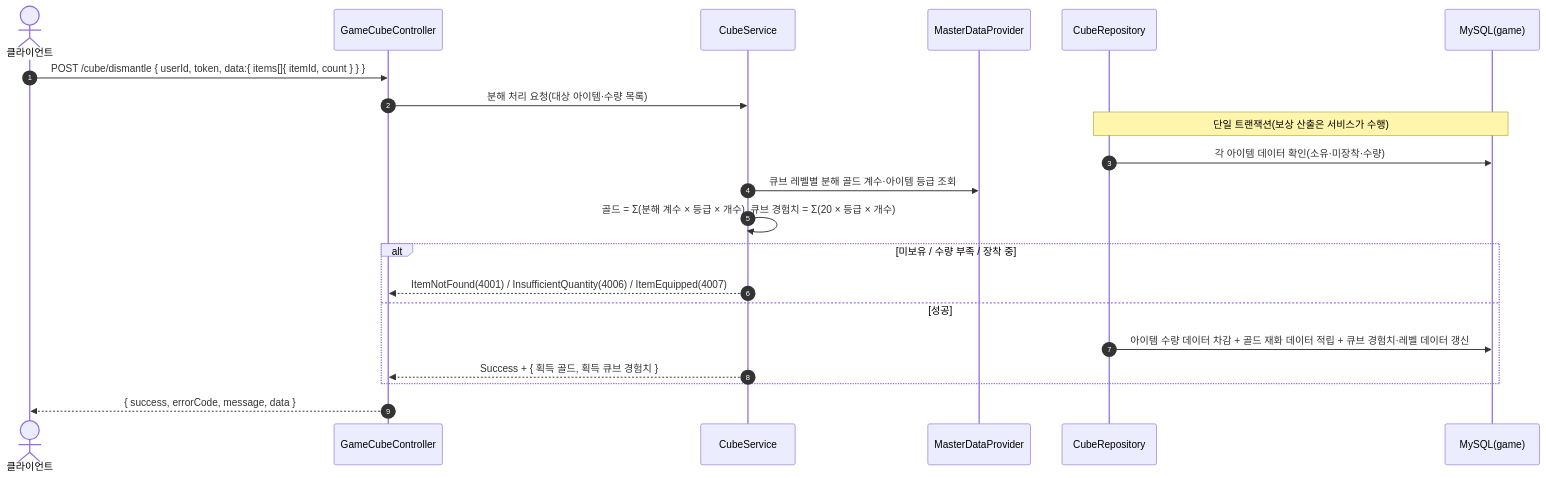
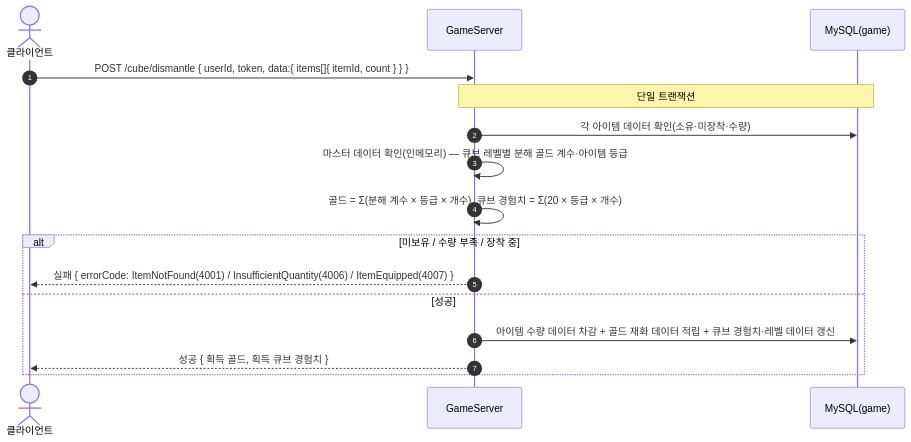
One commit to ks-wook/com2us-taskbar-hero changed the second of 3 diagrams in SequenceDiagram/GameCubeController.md. Above: the diagram before and after it, drawn with Mermaid. The commit also changed other lines of this file and 8 other files, not shown here.

Commit message:
시퀀스 다이어그램 수정

````diff
--- a/SequenceDiagram/GameCubeController.md
+++ b/SequenceDiagram/GameCubeController.md
@@ -37,24 +32,19 @@
 ```mermaid
 sequenceDiagram
     autonumber
     actor C as 클라이언트
-    participant Ctrl as GameCubeController
-    participant Svc as CubeService
-    participant MD as MasterDataProvider
-    participant Repo as CubeRepository
+    participant S as GameServer
     participant DB as MySQL(game)
 
-    C->>Ctrl: POST /cube/dismantle { userId, token, data:{ items[]{ itemId, count } } }
-    Ctrl->>Svc: 분해 처리 요청(대상 아이템·수량 목록)
-    Note over Repo,DB: 단일 트랜잭션(보상 산출은 서비스가 수행)
-    Repo->>DB: 각 아이템 데이터 확인(소유·미장착·수량)
-    Svc->>MD: 큐브 레벨별 분해 골드 계수·아이템 등급 조회
-    Svc->>Svc: 골드 = Σ(분해 계수 × 등급 × 개수), 큐브 경험치 = Σ(20 × 등급 × 개수)
+    C->>S: POST /cube/dismantle { userId, token, data:{ items[]{ itemId, count } } }
+    Note over S,DB: 단일 트랜잭션
+    S->>DB: 각 아이템 데이터 확인(소유·미장착·수량)
+    S->>S: 마스터 데이터 확인(인메모리) — 큐브 레벨별 분해 골드 계수·아이템 등급
+    S->>S: 골드 = Σ(분해 계수 × 등급 × 개수), 큐브 경험치 = Σ(20 × 등급 × 개수)
     alt 미보유 / 수량 부족 / 장착 중
-        Svc-->>Ctrl: ItemNotFound(4001) / InsufficientQuantity(4006) / ItemEquipped(4007)
+        S-->>C: 실패 { errorCode: ItemNotFound(4001) / InsufficientQuantity(4006) / ItemEquipped(4007) }
     else 성공
-        Repo->>DB: 아이템 수량 데이터 차감 + 골드 재화 데이터 적립 + 큐브 경험치·레벨 데이터 갱신
-        Svc-->>Ctrl: Success + { 획득 골드, 획득 큐브 경험치 }
+        S->>DB: 아이템 수량 데이터 차감 + 골드 재화 데이터 적립 + 큐브 경험치·레벨 데이터 갱신
+        S-->>C: 성공 { 획득 골드, 획득 큐브 경험치 }
     end
-    Ctrl-->>C: { success, errorCode, message, data }
 ```
````
